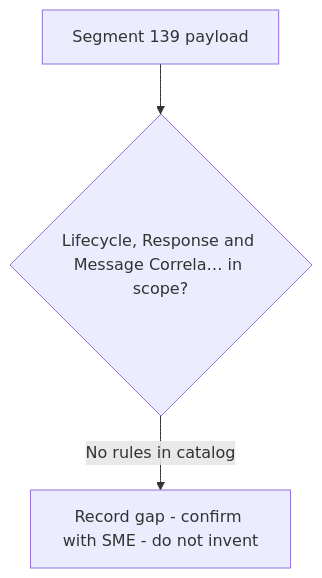
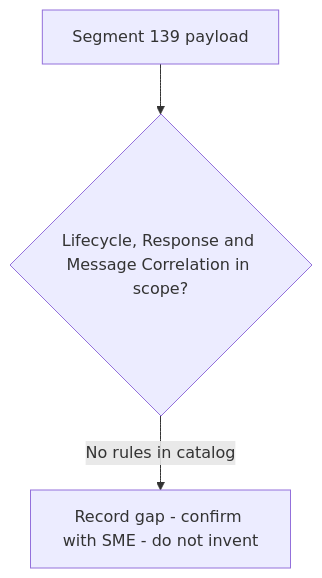
One commit to DhanSingh-hub/core-auth-ai-validation-framework changed the diagram in regression-artifact-validator/specifications/ATL105/docs/specs/kb/segment-139/lifecycle-response-correlation-flow.md. Above: the diagram before and after it, drawn with Mermaid. The commit also changed 150 other files, not shown here.

````diff
--- a/regression-artifact-validator/specifications/ATL105/docs/specs/kb/segment-139/lifecycle-response-correlation-flow.md
+++ b/regression-artifact-validator/specifications/ATL105/docs/specs/kb/segment-139/lifecycle-response-correlation-flow.md
@@ -3,5 +3,5 @@
 ```mermaid
 flowchart TD
-    A[Segment 139 payload] --> B{Lifecycle, Response and Message Correla… in scope?}
+    A[Segment 139 payload] --> B{Lifecycle, Response and Message Correlation in scope?}
     B -->|No rules in catalog| G[Record gap - confirm with SME - do not invent]
 ```
````
